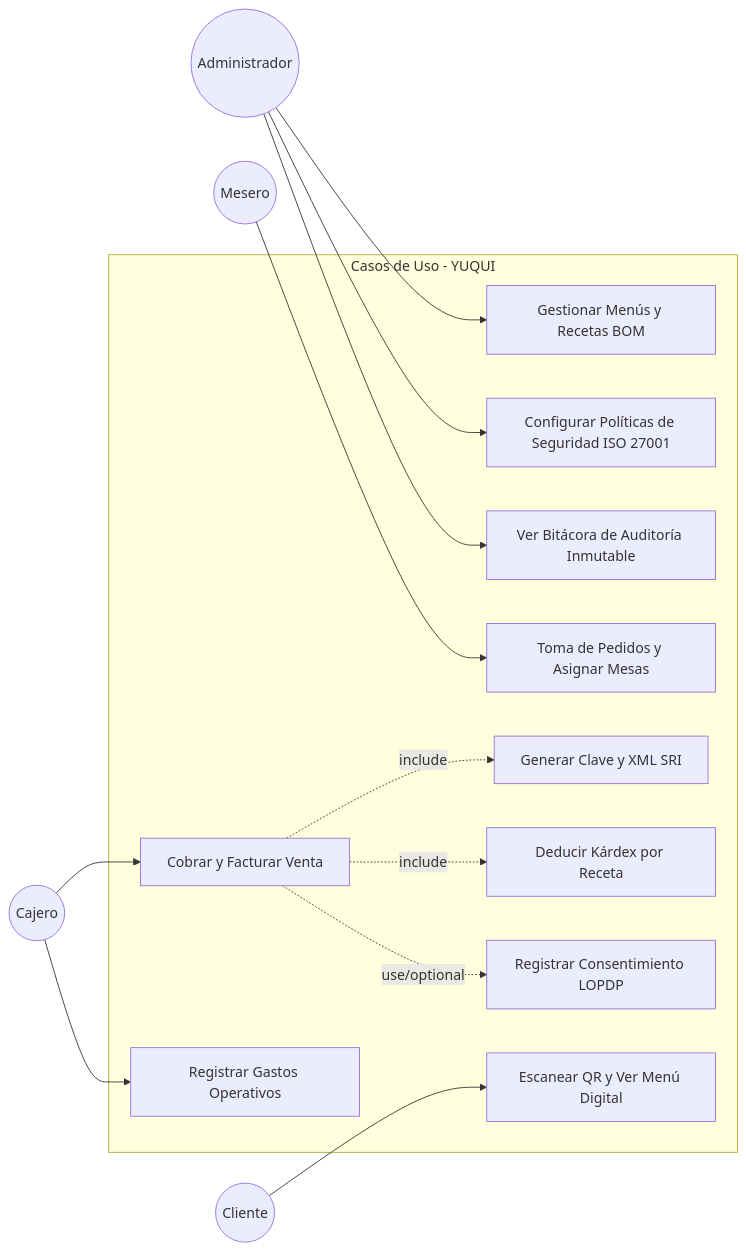
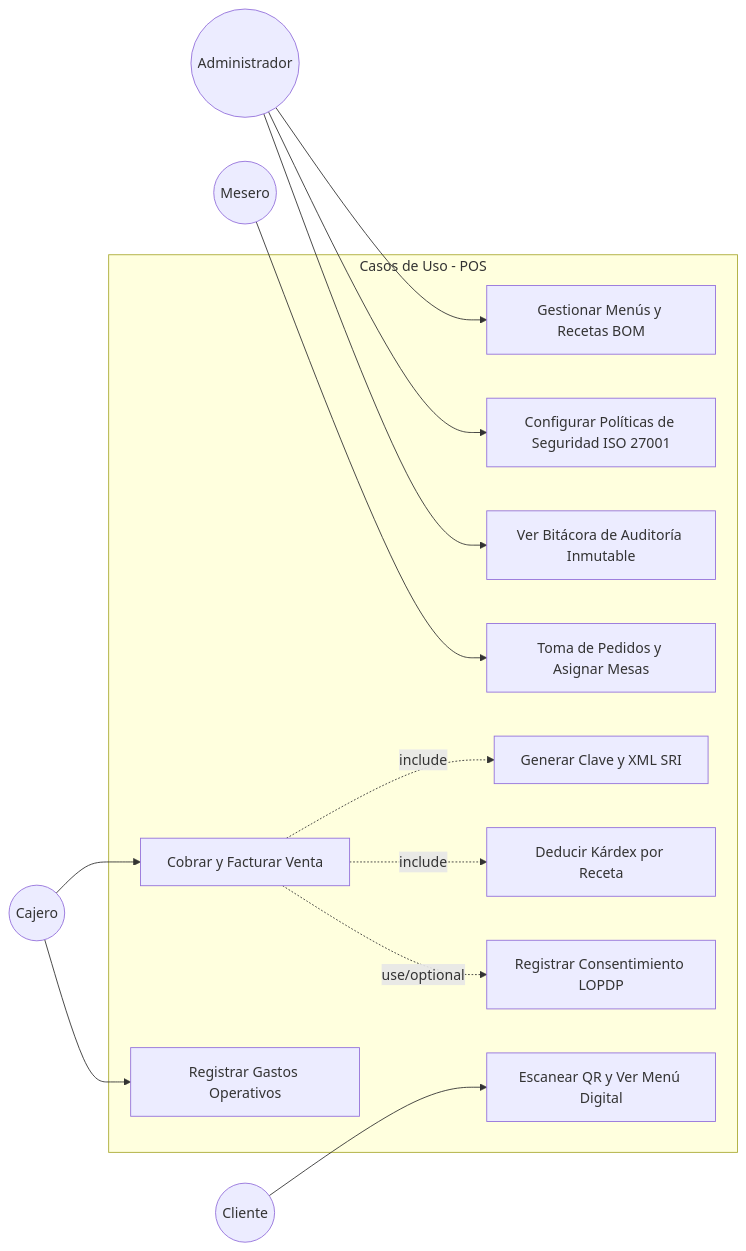
Before and after one commit to dpozocoello/app_cafeteria: the third of 4 diagrams in DOCUMENTACION_TECNICA.md, drawn with Mermaid. The commit also changed other lines of this file and 40 other files, not shown here.

````diff
--- a/DOCUMENTACION_TECNICA.md
+++ b/DOCUMENTACION_TECNICA.md
@@ -129,38 +129,38 @@
 ```mermaid
 flowchart LR
     %% Actores
     admin((Administrador))
     mesero((Mesero))
     cajero((Cajero))
     cliente((Cliente))
     
-    subgraph YUQUI ["Casos de Uso - YUQUI"]
+    subgraph POS ["Casos de Uso - POS"]
         g_recetas["Gestionar Menús y Recetas BOM"]
         g_seguridad["Configurar Políticas de Seguridad ISO 27001"]
         v_auditoria["Ver Bitácora de Auditoría Inmutable"]
         t_pedidos["Toma de Pedidos y Asignar Mesas"]
         facturar["Cobrar y Facturar Venta"]
         r_gastos["Registrar Gastos Operativos"]
         
         gen_sri["Generar Clave y XML SRI"]
         ded_kardex["Deducir Kárdex por Receta"]
         reg_lopdp["Registrar Consentimiento LOPDP"]
         
         v_menu["Escanear QR y Ver Menú Digital"]
         
         facturar -.->|include| gen_sri
         facturar -.->|include| ded_kardex
         facturar -.->|use/optional| reg_lopdp
     end
     
     admin --> g_recetas
     admin --> g_seguridad
     admin --> v_auditoria
     
     mesero --> t_pedidos
     
     cajero --> facturar
     cajero --> r_gastos
     
     cliente --> v_menu
 ```
````
